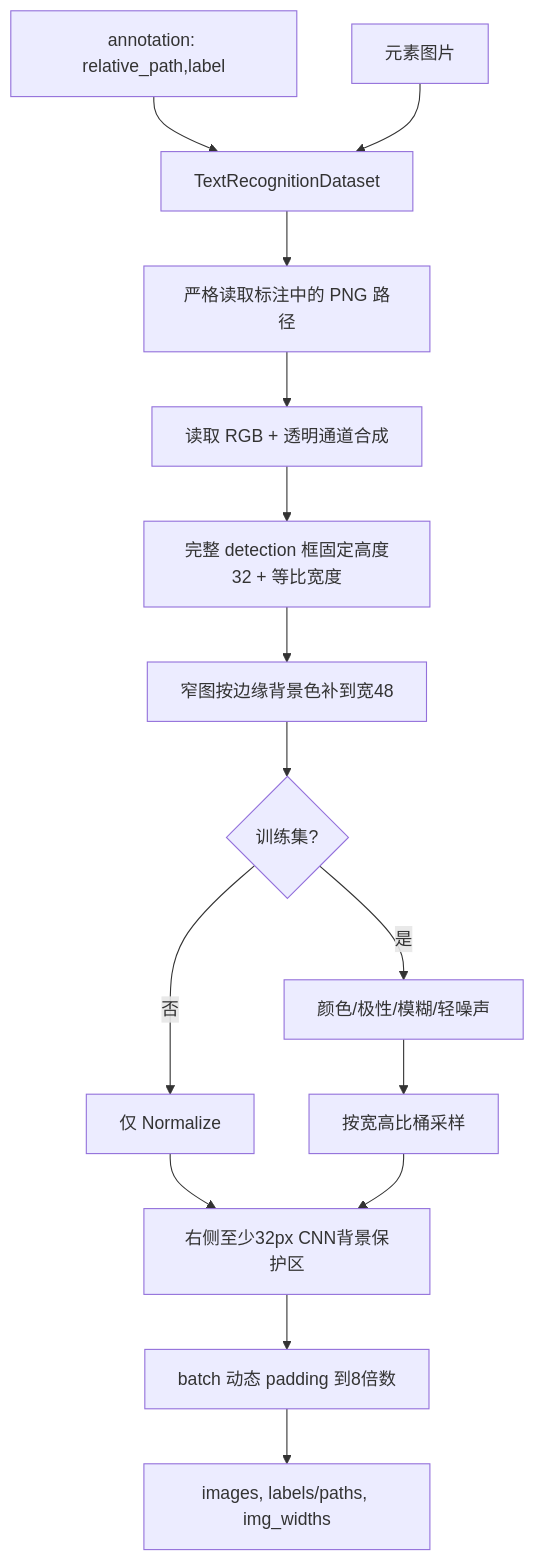
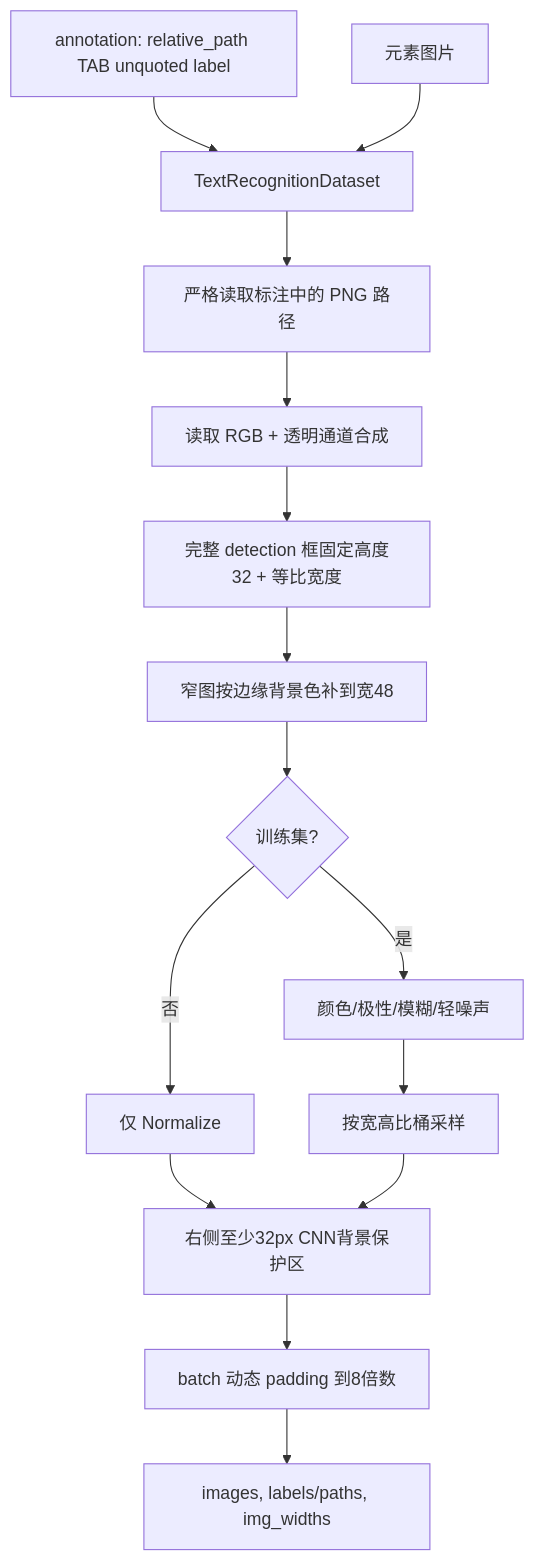
The first of 3 diagrams in docs/recognition.md (MAKENOTES/ocr-web), drawn with Mermaid before and after one commit. The commit also changed 24 other files, not shown here.

````diff
--- a/docs/recognition.md
+++ b/docs/recognition.md
@@ -11,17 +11,17 @@
 ```mermaid
 flowchart TD
-    A[annotation: relative_path,label] --> DS[TextRecognitionDataset]
+    A[annotation: relative_path TAB unquoted label] --> DS[TextRecognitionDataset]
     I[元素图片] --> DS
     DS --> PNG[严格读取标注中的 PNG 路径]
     PNG --> RGB[读取 RGB + 透明通道合成]
     RGB --> RESIZE[完整 detection 框固定高度32 + 等比宽度]
     RESIZE --> MINW[窄图按边缘背景色补到宽48]
     MINW --> AUG{训练集?}
     AUG -->|是| TA[颜色/极性/模糊/轻噪声]
     AUG -->|否| NORM[仅 Normalize]
     TA --> BUCKET[按宽高比桶采样]
     NORM --> CTX[右侧至少32px CNN背景保护区]
     BUCKET --> CTX
     CTX --> PAD[batch 动态 padding 到8倍数]
     PAD --> OUT[images, labels/paths, img_widths]
 ```
````
